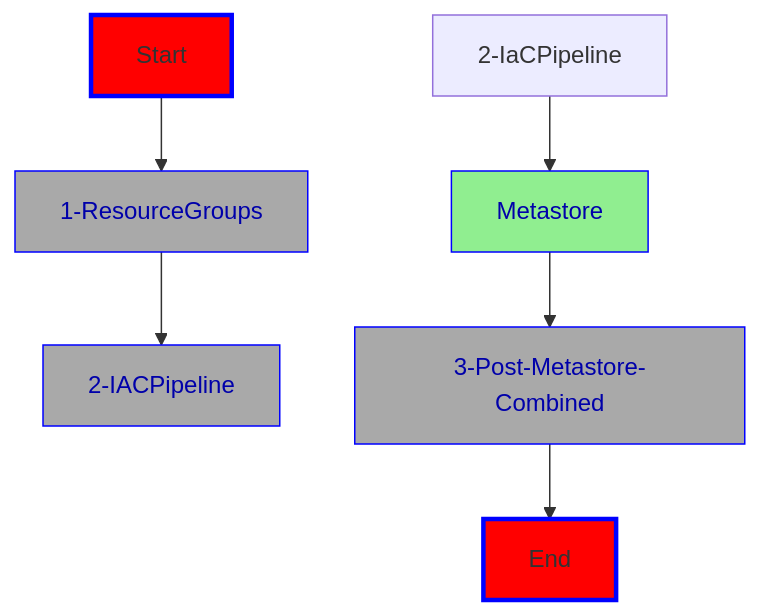
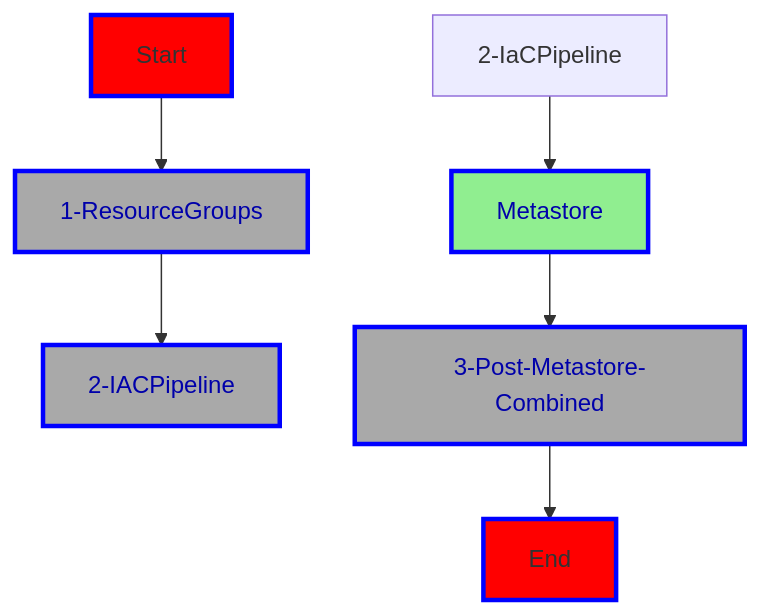
The diagram in iac-adb-360/README.md (jcbendernh/Databricks360), drawn with Mermaid before and after one commit. The commit also changed other lines of this file, not shown here.

````diff
--- a/iac-adb-360/README.md
+++ b/iac-adb-360/README.md
@@ -90,15 +90,15 @@
 ```mermaid
 flowchart TD
 Start --> 1-ResourceGroups
 style Start fill:red,stroke:blue,stroke-width:3px,shadow:shadow
 1-ResourceGroups --> 2-IACPipeline
-style 1-ResourceGroups fill:darkgray,stroke:blue,stroke-witdth:3px,shadow:shadow,color:#0000aa
+style 1-ResourceGroups fill:darkgray,stroke:blue,stroke-width:3px,shadow:shadow,color:#0000aa
 2-IaCPipeline --> Metastore
-style 2-IACPipeline fill:darkgray,stroke:blue,stroke-witdth:3px,shadow:shadow,color:#0000aa
+style 2-IACPipeline fill:darkgray,stroke:blue,stroke-width:3px,shadow:shadow,color:#0000aa
 Metastore --> 3-Post-Metastore-Combined
-style Metastore fill:lightgreen,stroke:blue,stroke-witdth:3px,shadow:shadow,color:#0000aa
+style Metastore fill:lightgreen,stroke:blue,stroke-width:3px,shadow:shadow,color:#0000aa
 3-Post-Metastore-Combined --> End
-style 3-Post-Metastore-Combined fill:darkgray,stroke:blue,stroke-witdth:3px,shadow:shadow,color:#0000aa
+style 3-Post-Metastore-Combined fill:darkgray,stroke:blue,stroke-width:3px,shadow:shadow,color:#0000aa
 style End fill:red,stroke:blue,stroke-width:3px,shadow:shadow
 
 ```
````
